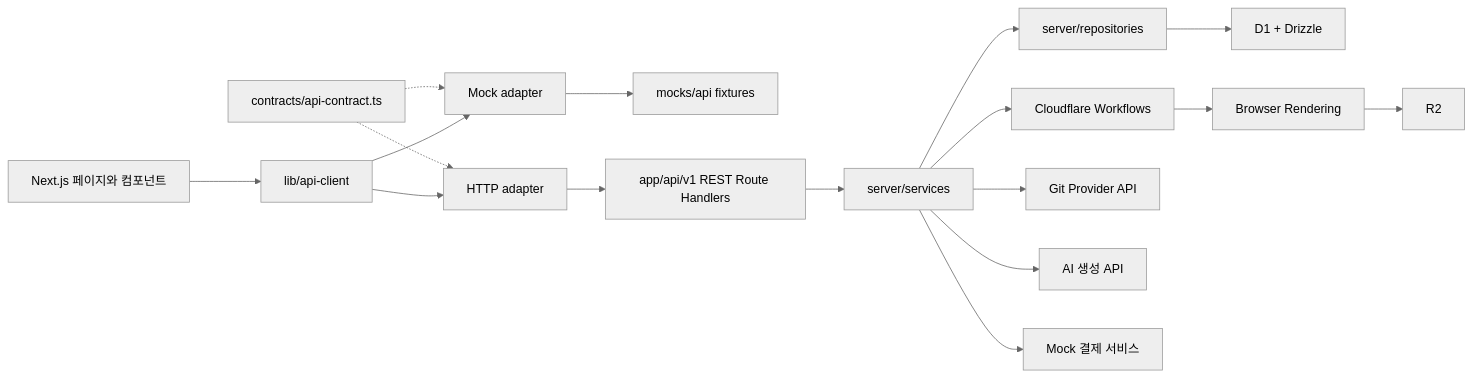
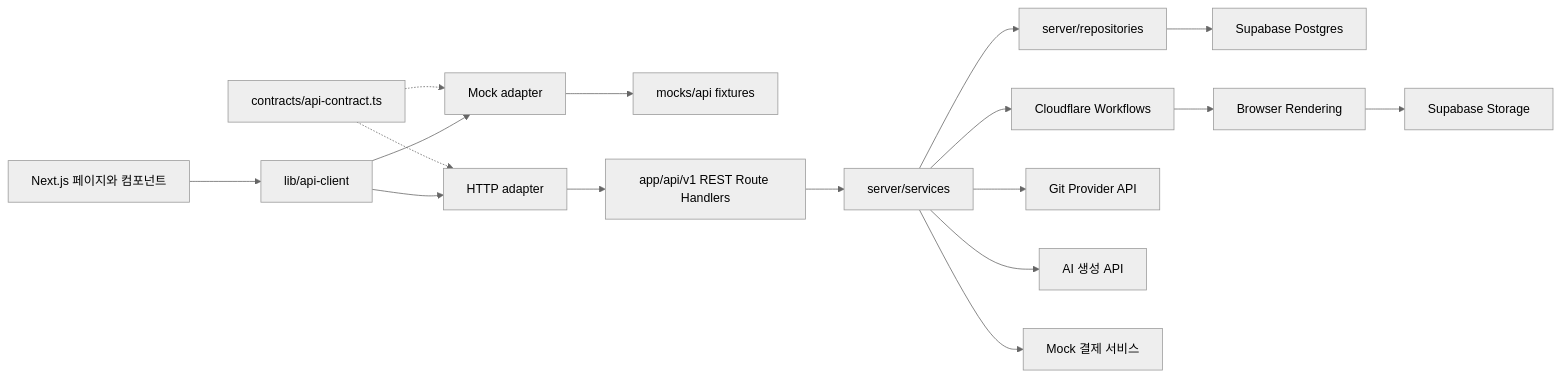
One commit to codex-hackathon-12/team12 changed the third of 3 diagrams in architecture.md. Above: the diagram before and after it, drawn with Mermaid (neutral theme). The commit also changed other lines of this file and 7 other files, not shown here.

````diff
--- a/architecture.md
+++ b/architecture.md
@@ -295,19 +295,19 @@
 ```mermaid
 flowchart LR
     UI["Next.js 페이지와 컴포넌트"] --> CLIENT["lib/api-client"]
     CONTRACT["contracts/api-contract.ts"] -.-> MOCK["Mock adapter"]
     CONTRACT -.-> HTTP["HTTP adapter"]
     CLIENT --> MOCK
     CLIENT --> HTTP
     MOCK --> FIXTURES["mocks/api fixtures"]
     HTTP --> ROUTES["app/api/v1 REST Route Handlers"]
     ROUTES --> SERVICES["server/services"]
     SERVICES --> REPOS["server/repositories"]
-    REPOS --> DB["D1 + Drizzle"]
+    REPOS --> DB["Supabase Postgres"]
     SERVICES --> FLOW["Cloudflare Workflows"]
     FLOW --> RENDER["Browser Rendering"]
-    RENDER --> STORAGE["R2"]
+    RENDER --> STORAGE["Supabase Storage"]
     SERVICES --> GIT["Git Provider API"]
     SERVICES --> AI["AI 생성 API"]
     SERVICES --> PAY["Mock 결제 서비스"]
 ```
````
